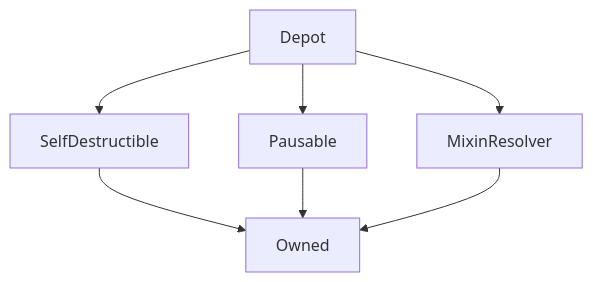
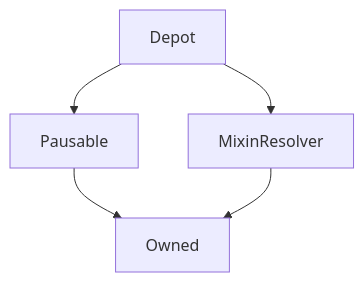
One commit to Synthetixio/synthetix-docs changed the diagram in content/contracts/source/contracts/Depot.md. Above: the diagram before and after it, drawn with Mermaid. The commit also changed other lines of this file and 100 other files, not shown here.

````diff
--- a/content/contracts/source/contracts/Depot.md
+++ b/content/contracts/source/contracts/Depot.md
@@ -24,10 +24,8 @@
 ```mermaid
 graph TD
-    Depot[Depot] --> SelfDestructible[SelfDestructible]
     Depot[Depot] --> Pausable[Pausable]
     Depot[Depot] --> MixinResolver[MixinResolver]
-    SelfDestructible[SelfDestructible] --> Owned[Owned]
     Pausable[Pausable] --> Owned[Owned]
     MixinResolver[MixinResolver] --> Owned[Owned]
 
 ```
````
